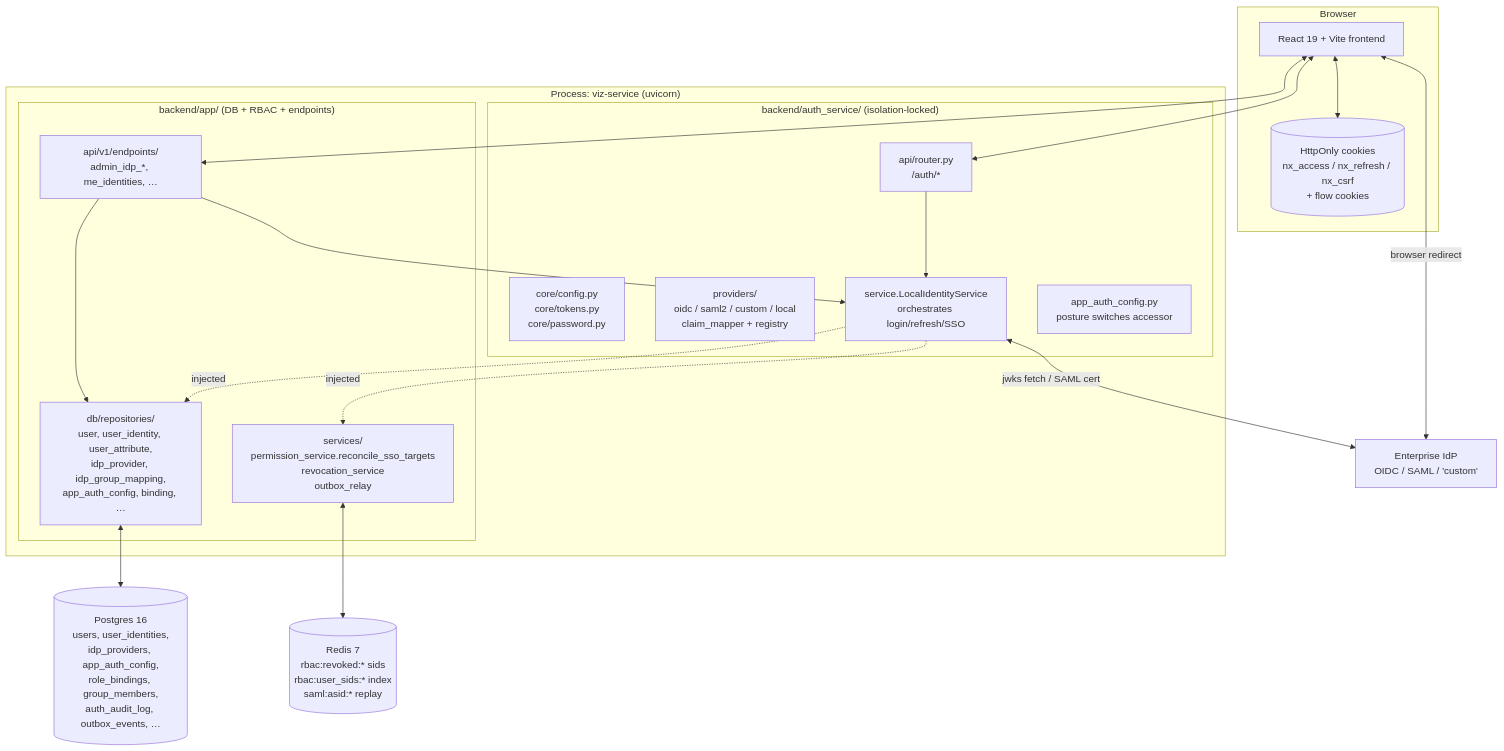
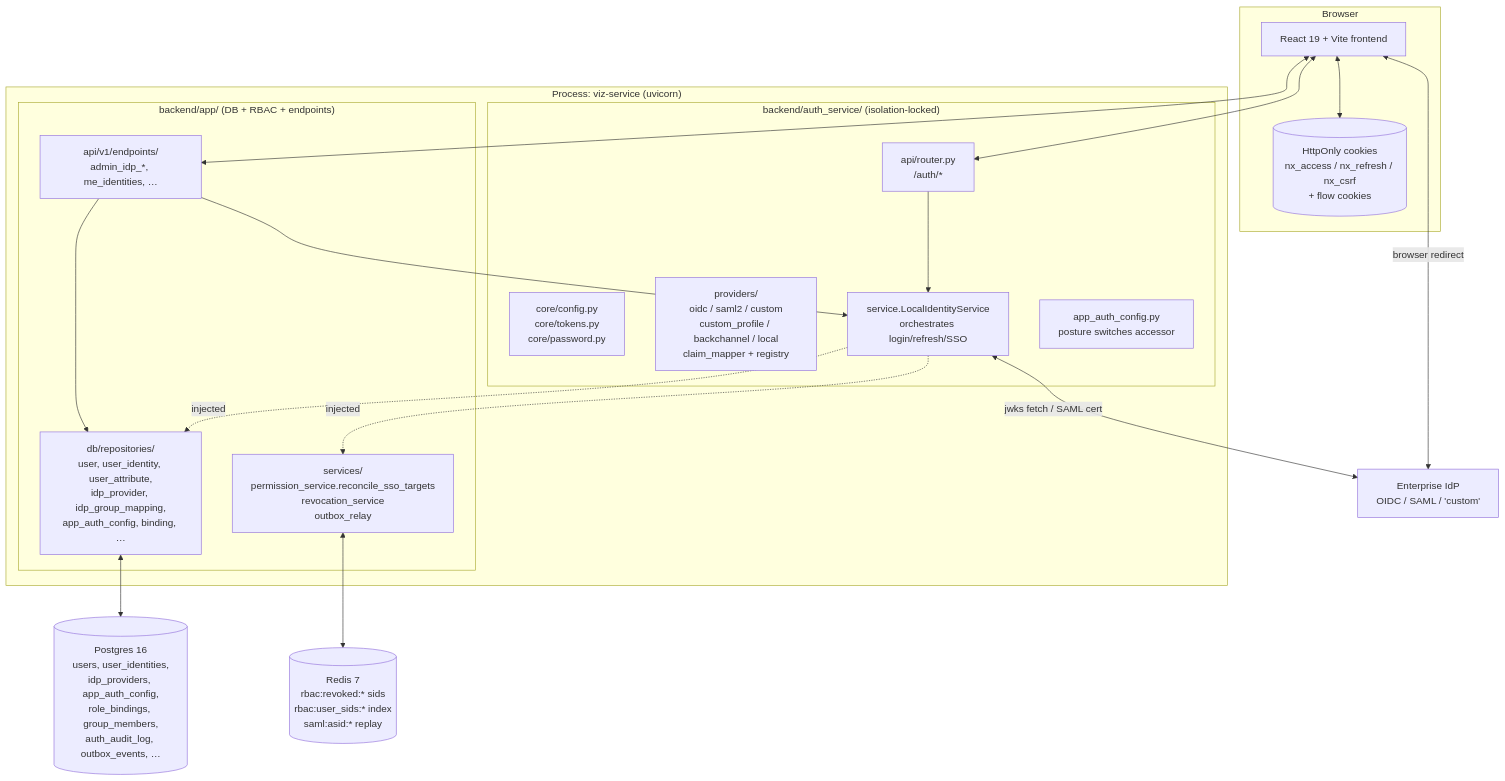
The first of 16 diagrams in docs/SSO_INTEGRATION.md (rkrumins/dataviz), drawn with Mermaid before and after one commit. The commit also changed other lines of this file and 4 other files, not shown here.

````diff
--- a/docs/SSO_INTEGRATION.md
+++ b/docs/SSO_INTEGRATION.md
@@ -187,41 +187,41 @@
 ```mermaid
 graph TB
     subgraph Browser
         FE[React 19 + Vite frontend]
         Cookies[(HttpOnly cookies<br/>nx_access / nx_refresh / nx_csrf<br/>+ flow cookies)]
     end
 
     subgraph "Process: viz-service (uvicorn)"
         subgraph auth_service["backend/auth_service/ (isolation-locked)"]
             ASRouter[api/router.py<br/>/auth/*]
             ASCore[core/config.py<br/>core/tokens.py<br/>core/password.py]
-            ASProv[providers/<br/>oidc / saml2 / custom / local<br/>claim_mapper + registry]
+            ASProv[providers/<br/>oidc / saml2 / custom<br/>custom_profile / backchannel / local<br/>claim_mapper + registry]
             ASSvc[service.LocalIdentityService<br/>orchestrates login/refresh/SSO]
             ASCfg[app_auth_config.py<br/>posture switches accessor]
         end
 
         subgraph app["backend/app/ (DB + RBAC + endpoints)"]
             AppRoutes[api/v1/endpoints/<br/>admin_idp_*, me_identities, …]
             AppRepos[db/repositories/<br/>user, user_identity, user_attribute,<br/>idp_provider, idp_group_mapping,<br/>app_auth_config, binding, …]
             AppSvc[services/<br/>permission_service.reconcile_sso_targets<br/>revocation_service<br/>outbox_relay]
         end
 
         ASSvc -.injected.-> AppRepos
         ASSvc -.injected.-> AppSvc
         ASRouter --> ASSvc
         AppRoutes --> AppRepos
         AppRoutes --> ASSvc
     end
 
     PG[(Postgres 16<br/>users, user_identities,<br/>idp_providers, app_auth_config,<br/>role_bindings, group_members,<br/>auth_audit_log, outbox_events, …)]
     Redis[(Redis 7<br/>rbac:revoked:* sids<br/>rbac:user_sids:* index<br/>saml:asid:* replay)]
     IdP[Enterprise IdP<br/>OIDC / SAML / 'custom']
 
     FE <--> ASRouter
     FE <--> AppRoutes
     FE <--> Cookies
     FE <-->|browser redirect| IdP
     AppRepos <--> PG
     AppSvc <--> Redis
     ASSvc <-->|jwks fetch / SAML cert| IdP
 ```
````
